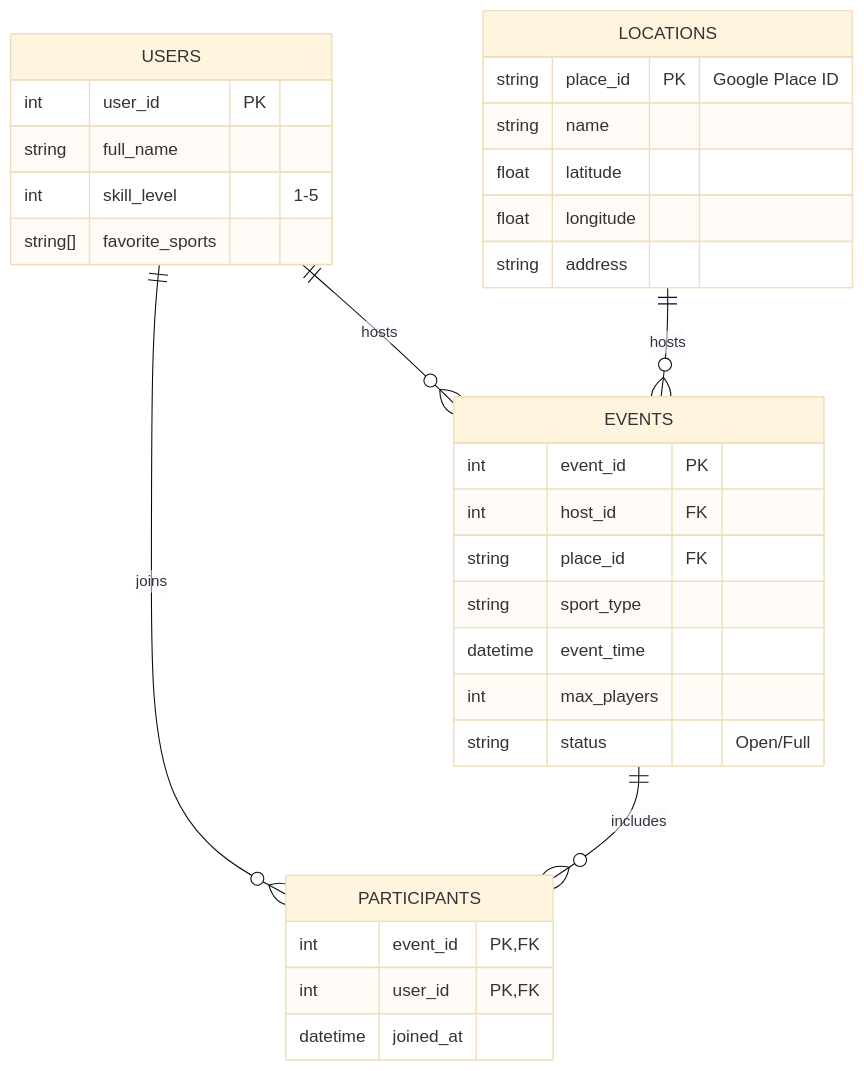
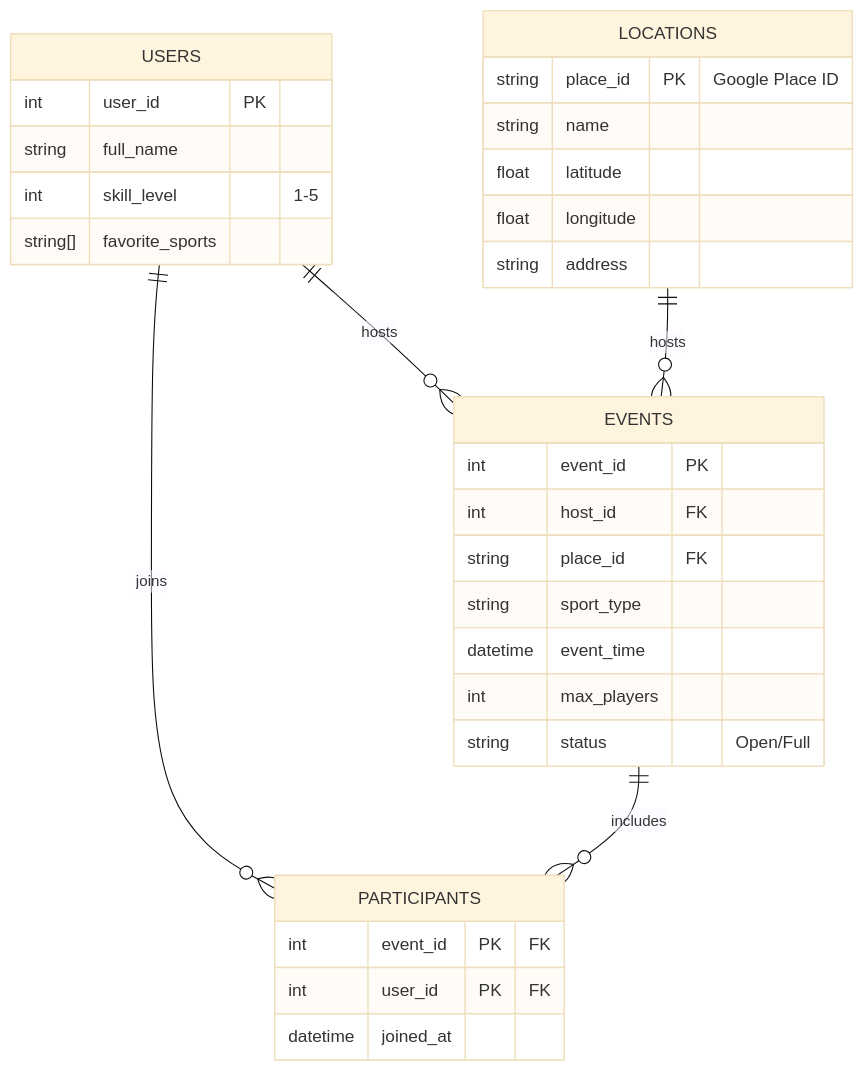
One commit to Am1its/Sport-Link changed the second of 2 diagrams in docs/HLD.md. Above: the diagram before and after it, drawn with Mermaid (base theme). The commit also changed other lines of this file, not shown here.

Commit message:
Fix Mermaid syntax error in HLD diagram

````diff
--- a/docs/HLD.md
+++ b/docs/HLD.md
@@ -24,38 +24,38 @@
 ```mermaid
 erDiagram
     USERS ||--o{ EVENTS : "hosts"
     USERS ||--o{ PARTICIPANTS : "joins"
     LOCATIONS ||--o{ EVENTS : "hosts"
     EVENTS ||--o{ PARTICIPANTS : "includes"
 
     USERS {
         int user_id PK
         string full_name
         int skill_level "1-5"
         string[] favorite_sports
     }
     
     LOCATIONS {
         string place_id PK "Google Place ID"
         string name
         float latitude
         float longitude
         string address
     }
 
     EVENTS {
         int event_id PK
         int host_id FK
         string place_id FK
         string sport_type
         datetime event_time
         int max_players
         string status "Open/Full"
     }
 
     PARTICIPANTS {
-        int event_id PK, FK
-        int user_id PK, FK
+        int event_id PK "FK"
+        int user_id PK "FK"
         datetime joined_at
     }
 ```
````
